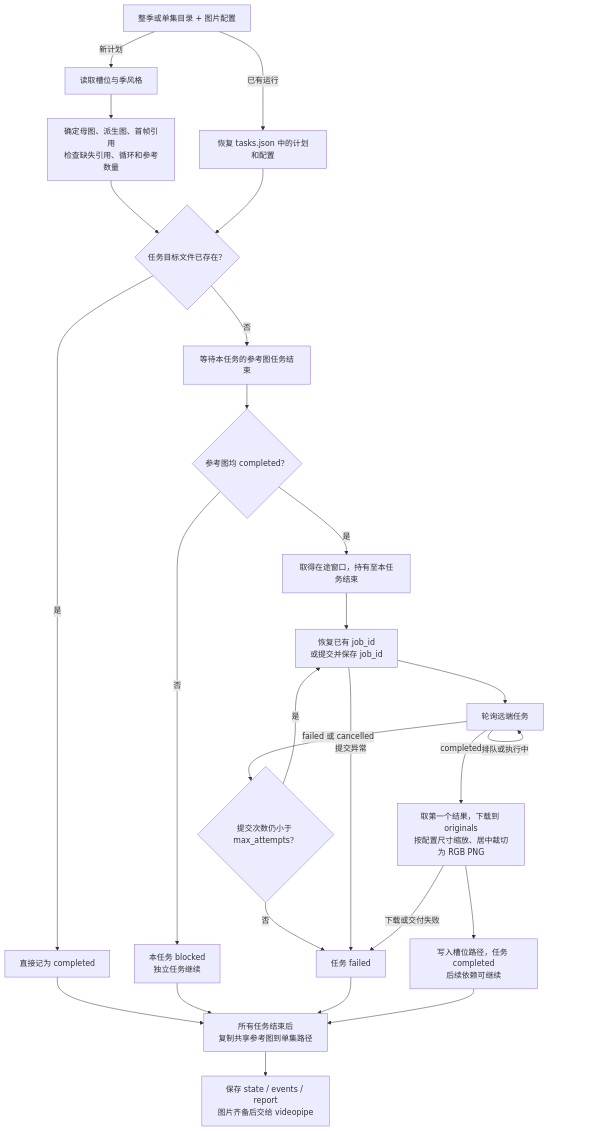
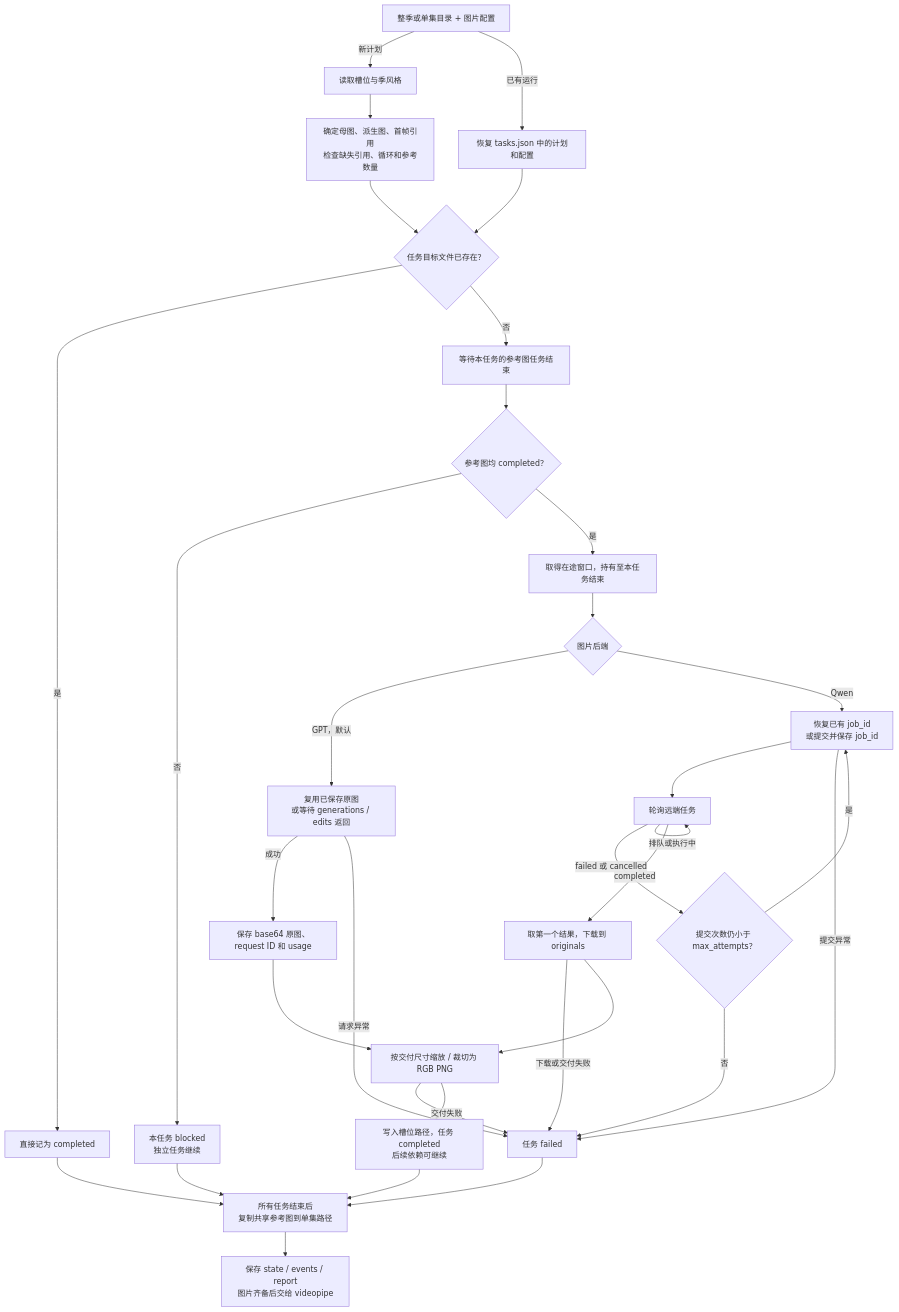
One commit to mtbnydx-dot/AI-AI-powered-local-fully-automated-video-workflow changed the second of 3 diagrams in docs/workflow.md. Above: the diagram before and after it, drawn with Mermaid. The commit also changed other lines of this file and 14 other files, not shown here.

Commit message:
Default imagepipe to GPT Image 2.6 Sunburst with Qwen option

````diff
--- a/docs/workflow.md
+++ b/docs/workflow.md
@@ -73,28 +73,35 @@
 ```mermaid
 flowchart TD
     I0["整季或单集目录 + 图片配置"] -->|新计划| I1["读取槽位与季风格"]
     I1 --> I2["确定母图、派生图、首帧引用<br/>检查缺失引用、循环和参考数量"]
     I2 --> I3{"任务目标文件已存在？"}
     I0 -->|已有运行| I17["恢复 tasks.json 中的计划和配置"]
     I17 --> I3
     I3 -->|是| I4["直接记为 completed"]
     I3 -->|否| I5["等待本任务的参考图任务结束"]
     I5 --> I6{"参考图均 completed？"}
     I6 -->|否| I7["本任务 blocked<br/>独立任务继续"]
     I6 -->|是| I16["取得在途窗口，持有至本任务结束"]
-    I16 --> I8["恢复已有 job_id<br/>或提交并保存 job_id"]
+    I16 --> P{"图片后端"}
+    P -->|GPT，默认| G["复用已保存原图<br/>或等待 generations / edits 返回"]
+    G -->|成功| G1["保存 base64 原图、request ID 和 usage"]
+    G -->|请求异常| I11
+    G1 --> D["按交付尺寸缩放 / 裁切为 RGB PNG"]
+    P -->|Qwen| I8["恢复已有 job_id<br/>或提交并保存 job_id"]
     I8 --> I9["轮询远端任务"]
     I9 -->|排队或执行中| I9
     I9 -->|failed 或 cancelled| I10{"提交次数仍小于 max_attempts？"}
     I10 -->|是| I8
     I10 -->|否| I11["任务 failed"]
-    I9 -->|completed| I12["取第一个结果，下载到 originals<br/>按配置尺寸缩放、居中裁切为 RGB PNG"]
+    I9 -->|completed| I12["取第一个结果，下载到 originals"]
     I8 -->|提交异常| I11
     I12 -->|下载或交付失败| I11
-    I12 --> I13["写入槽位路径，任务 completed<br/>后续依赖可继续"]
+    I12 --> D
+    D -->|交付失败| I11
+    D --> I13["写入槽位路径，任务 completed<br/>后续依赖可继续"]
     I4 --> I14["所有任务结束后<br/>复制共享参考图到单集路径"]
     I7 --> I14
     I11 --> I14
     I13 --> I14
     I14 --> I15["保存 state / events / report<br/>图片齐备后交给 videopipe"]
 ```
````
